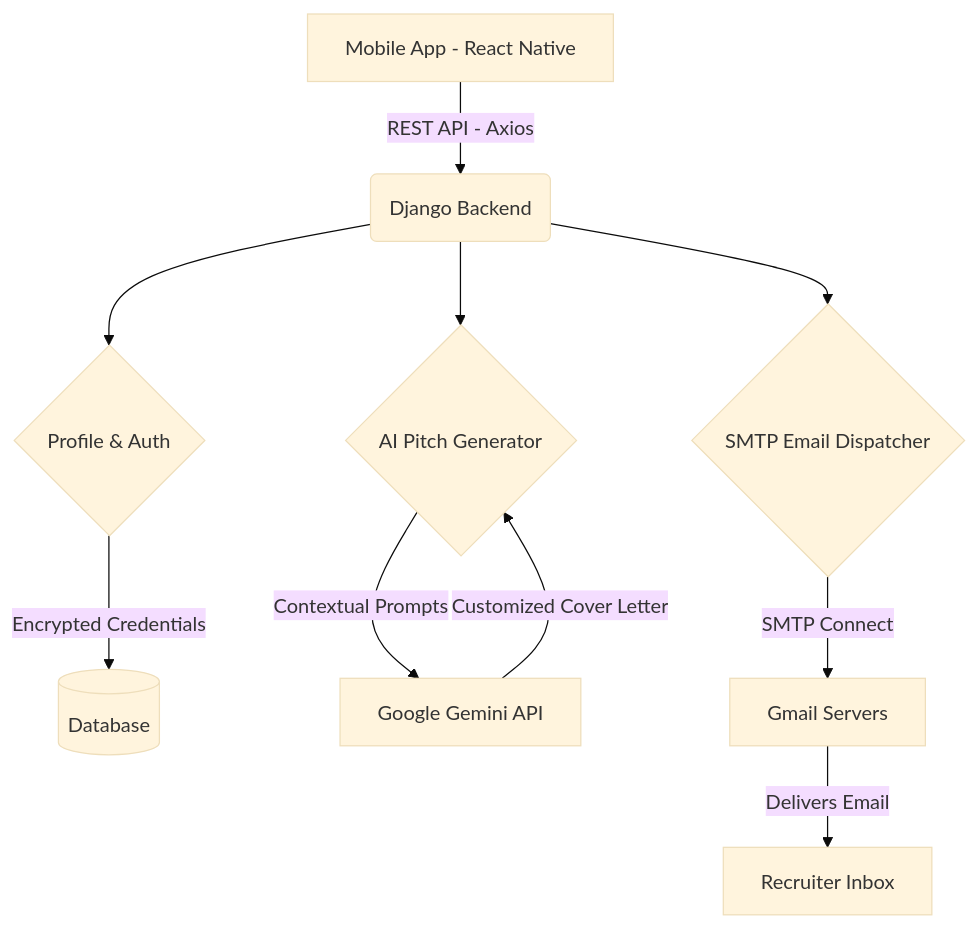
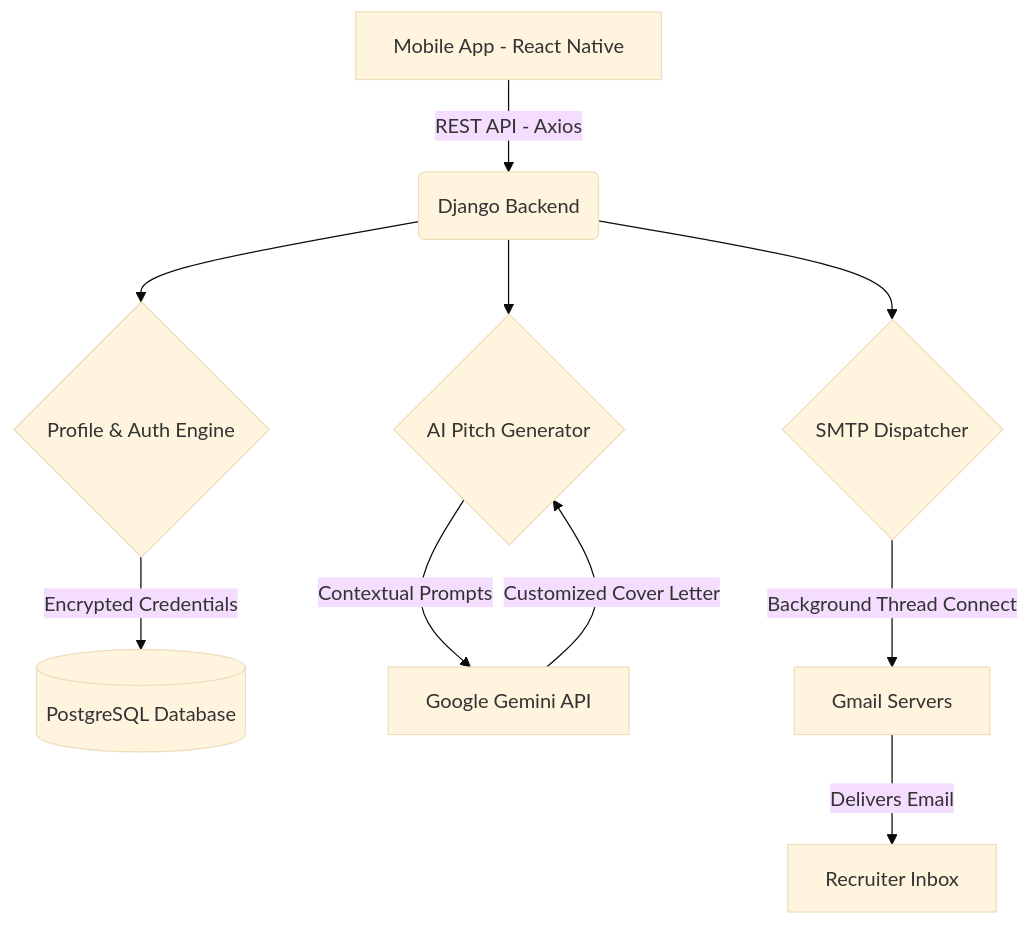
Before and after one commit to gautam1432002/Job-Email-App: the second of 2 diagrams in README.md, drawn with Mermaid (base theme). The commit also changed other lines of this file, not shown here.

Commit message:
docs: redesigned README with sequence diagrams and developer diary

````diff
--- a/README.md
+++ b/README.md
@@ -58,15 +79,15 @@
 ```mermaid
 graph TD;
     A[Mobile App - React Native] -->|REST API - Axios| B(Django Backend);
-    B --> C{Profile & Auth};
+    B --> C{Profile & Auth Engine};
     B --> D{AI Pitch Generator};
-    B --> E{SMTP Email Dispatcher};
+    B --> E{SMTP Dispatcher};
     
-    C -->|Encrypted Credentials| F[(Database)];
+    C -->|Encrypted Credentials| F[(PostgreSQL Database)];
     
     D -->|Contextual Prompts| G[Google Gemini API];
     G -->|Customized Cover Letter| D;
     
-    E -->|SMTP Connect| H[Gmail Servers];
+    E -->|Background Thread Connect| H[Gmail Servers];
     H -->|Delivers Email| I[Recruiter Inbox];
 ```
````
